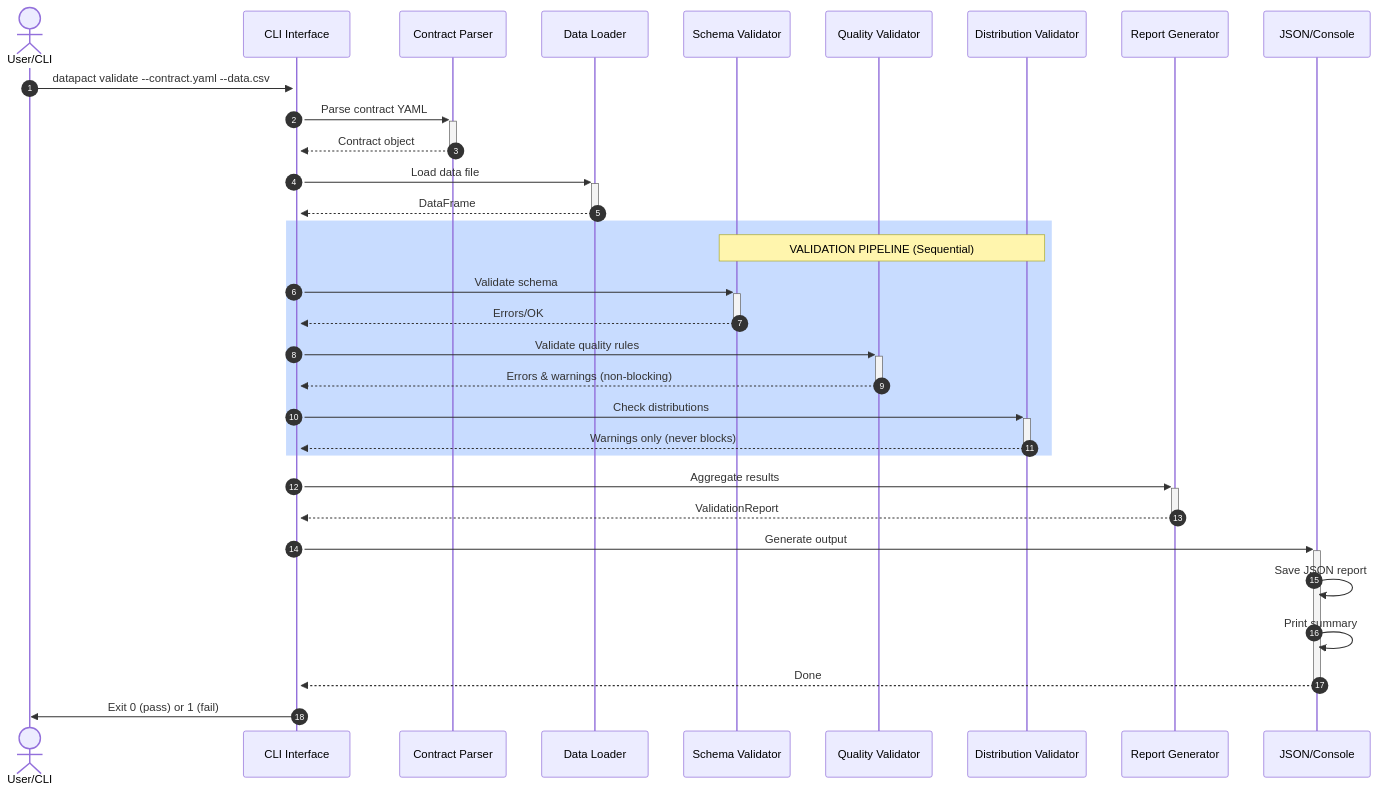
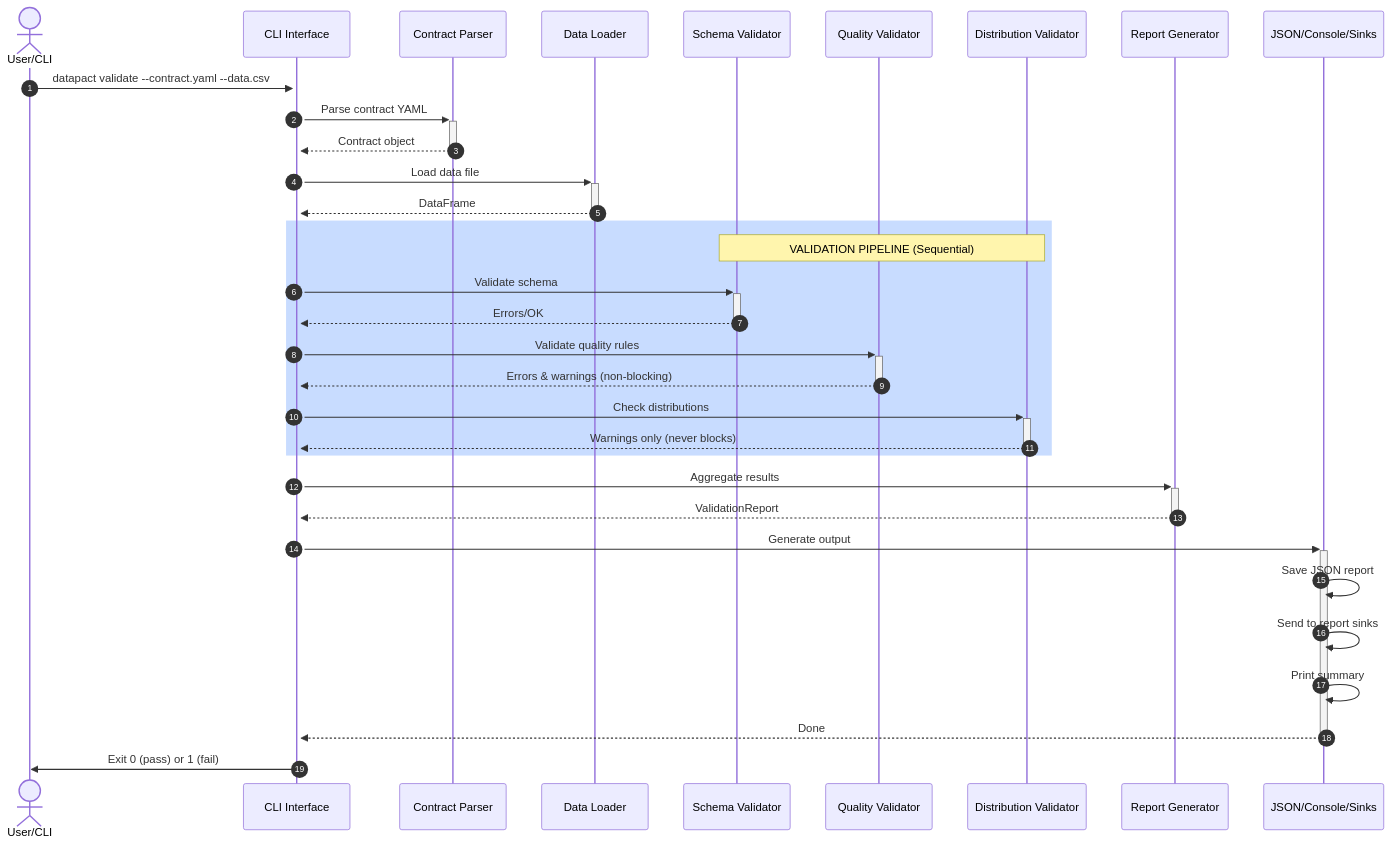
One commit to meetnishant/DataPact changed the diagram in docs/ARCHITECTURE.md. Above: the diagram before and after it, drawn with Mermaid. The commit also changed other lines of this file and 20 other files, not shown here.

Commit message:
Add report sinks for validation reports

````diff
--- a/docs/ARCHITECTURE.md
+++ b/docs/ARCHITECTURE.md
@@ -126,42 +127,43 @@
 ```mermaid
 sequenceDiagram
     autonumber
     actor User as User/CLI
     participant CLI as CLI Interface
     participant Parser as Contract Parser
     participant Loader as Data Loader
     participant Schema as Schema Validator
     participant Quality as Quality Validator
     participant Distribution as Distribution Validator
     participant Reporter as Report Generator
-    participant Output as JSON/Console
+    participant Output as JSON/Console/Sinks
 
     User->>+CLI: datapact validate --contract.yaml --data.csv
     CLI->>+Parser: Parse contract YAML
     Parser-->>-CLI: Contract object
     
     CLI->>+Loader: Load data file
     Loader-->>-CLI: DataFrame
     
     rect rgb(200, 220, 255)
     Note over Schema,Distribution: VALIDATION PIPELINE (Sequential)
     CLI->>+Schema: Validate schema
     Schema-->>-CLI: Errors/OK
     
     CLI->>+Quality: Validate quality rules
     Quality-->>-CLI: Errors & warnings (non-blocking)
     
     CLI->>+Distribution: Check distributions
     Distribution-->>-CLI: Warnings only (never blocks)
     end
     
     CLI->>+Reporter: Aggregate results
     Reporter-->>-CLI: ValidationReport
     
     CLI->>+Output: Generate output
     Output->>Output: Save JSON report
+    Output->>Output: Send to report sinks
     Output->>Output: Print summary
     Output-->>-CLI: Done
     
     CLI->>User: Exit 0 (pass) or 1 (fail)
 ```
````
